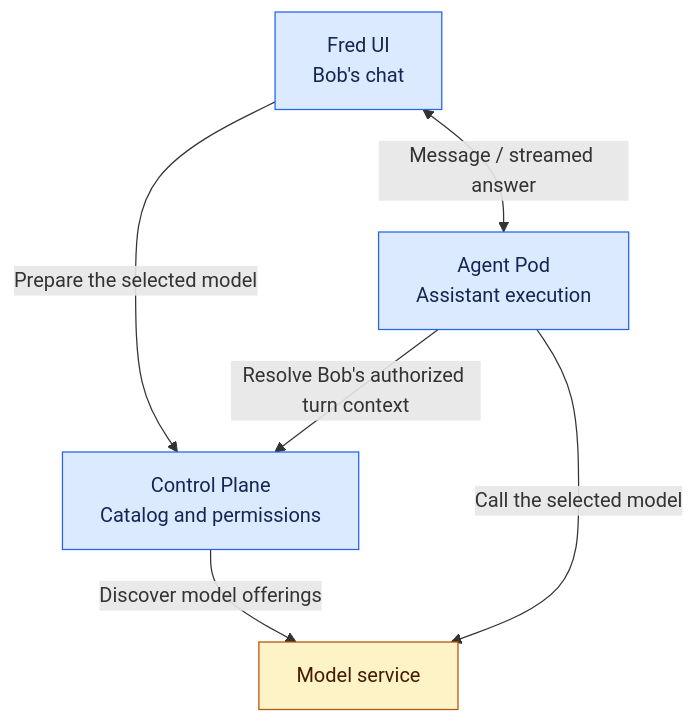
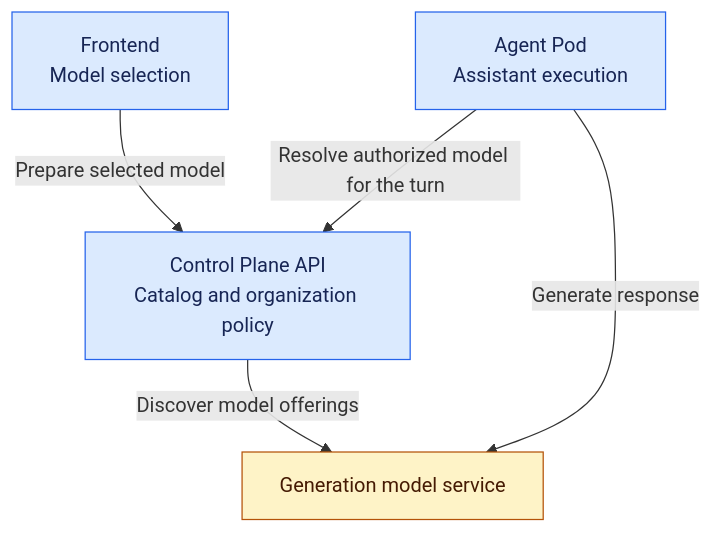
The fifth of 6 diagrams in docs/architecture/01-system-overview.md (ThalesGroup/fred), drawn with Mermaid before and after one commit. The commit also changed other lines of this file and 10 other files, not shown here.

````diff
--- a/docs/architecture/01-system-overview.md
+++ b/docs/architecture/01-system-overview.md
@@ -70,17 +169,16 @@
 ```mermaid
 flowchart TB
-    ui["Fred UI<br/>Bob's chat"]
-    cp["Control Plane<br/>Catalog and permissions"]
+    ui["Frontend<br/>Model selection"]
+    cp["Control Plane API<br/>Catalog and organization policy"]
     pod["Agent Pod<br/>Assistant execution"]
-    model["Model service"]
-    ui -->|"Prepare the selected model"| cp
-    ui <-->|"Message / streamed answer"| pod
-    pod -->|"Resolve Bob's authorized turn context"| cp
+    model["Generation model service"]
+    ui -->|"Prepare selected model"| cp
+    pod -->|"Resolve authorized model for the turn"| cp
     cp -->|"Discover model offerings"| model
-    pod -->|"Call the selected model"| model
+    pod -->|"Generate response"| model
 
     classDef fred fill:#DBEAFE,stroke:#2563EB,color:#172554
     classDef cots fill:#FEF3C7,stroke:#B45309,color:#451A03
     class ui,cp,pod fred
     class model cots
 ```
````
